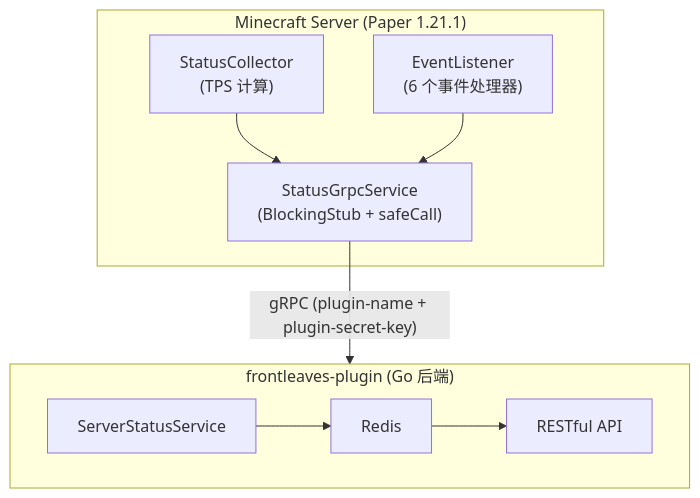
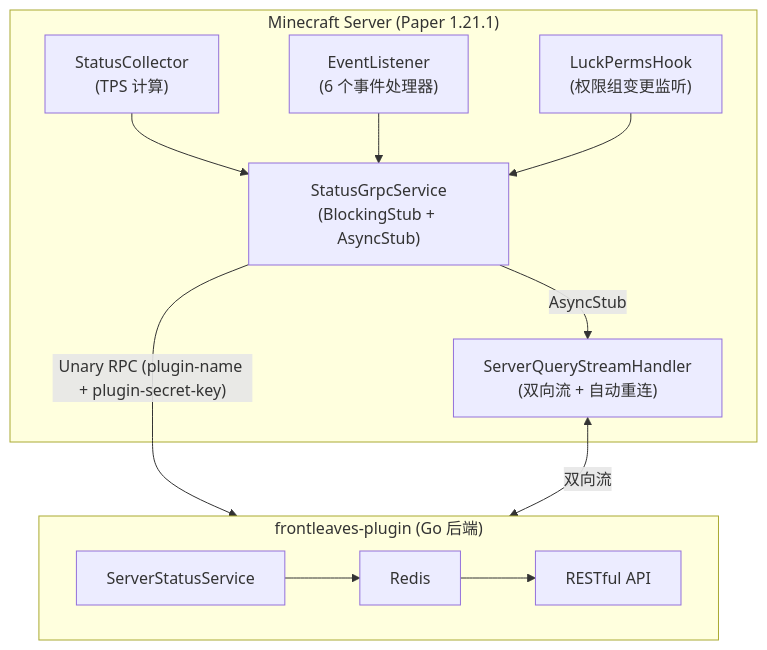
One commit to frontleaves-mc/plugin-server-status changed the diagram in README.md. Above: the diagram before and after it, drawn with Mermaid. The commit also changed other lines of this file and 6 other files, not shown here.

````diff
--- a/README.md
+++ b/README.md
@@ -7,21 +7,26 @@
 ```mermaid
 flowchart TB
     subgraph MC["Minecraft Server (Paper 1.21.1)"]
         SC["StatusCollector<br/>(TPS 计算)"]
         EL["EventListener<br/>(6 个事件处理器)"]
-        SGS["StatusGrpcService<br/>(BlockingStub + safeCall)"]
+        LPH["LuckPermsHook<br/>(权限组变更监听)"]
+        SGS["StatusGrpcService<br/>(BlockingStub + AsyncStub)"]
+        SQSH["ServerQueryStreamHandler<br/>(双向流 + 自动重连)"]
     end
 
     SC --> SGS
     EL --> SGS
-    SGS -- "gRPC (plugin-name + plugin-secret-key)" --> GO
+    LPH --> SGS
+    SGS -- "Unary RPC (plugin-name + plugin-secret-key)" --> GO
+    SGS -- "AsyncStub" --> SQSH
+    SQSH <--> |"双向流"| GO
 
     subgraph GO["frontleaves-plugin (Go 后端)"]
         SSS["ServerStatusService"]
         RD["Redis"]
         API["RESTful API"]
     end
 
     SSS --> RD
     RD --> API
 ```
````
